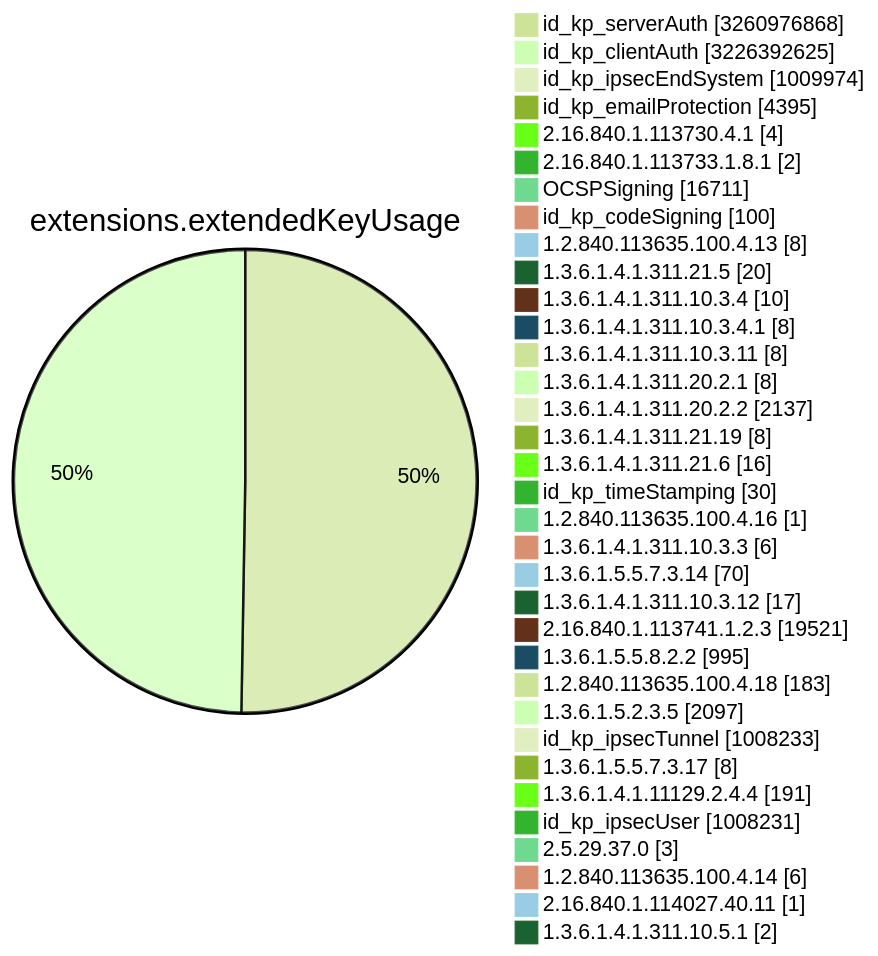
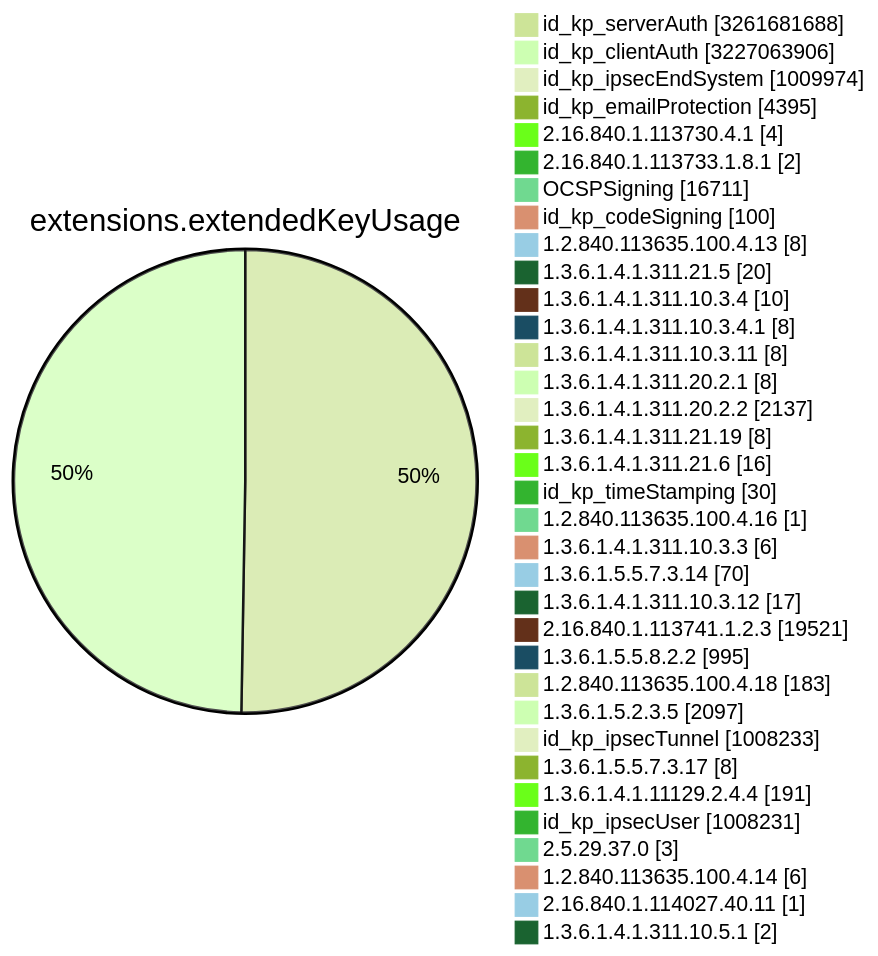
Diagram 11 of 15 in TOTAL/README.md (christiankrug/ctmonitor_visualization), drawn with Mermaid (forest theme) before and after one commit. The commit also changed other lines of this file, not shown here.

````diff
--- a/TOTAL/README.md
+++ b/TOTAL/README.md
@@ -4119,38 +4119,38 @@
 ```mermaid
 pie showData
 title extensions.extendedKeyUsage
-"id_kp_serverAuth" :3260976868
-"id_kp_clientAuth" :3226392625
+"id_kp_serverAuth" :3261681688
+"id_kp_clientAuth" :3227063906
 "id_kp_ipsecEndSystem" :1009974
 "id_kp_emailProtection" :4395
 "2.16.840.1.113730.4.1" :4
 "2.16.840.1.113733.1.8.1" :2
 "OCSPSigning" :16711
 "id_kp_codeSigning" :100
 "1.2.840.113635.100.4.13" :8
 "1.3.6.1.4.1.311.21.5" :20
 "1.3.6.1.4.1.311.10.3.4" :10
 "1.3.6.1.4.1.311.10.3.4.1" :8
 "1.3.6.1.4.1.311.10.3.11" :8
 "1.3.6.1.4.1.311.20.2.1" :8
 "1.3.6.1.4.1.311.20.2.2" :2137
 "1.3.6.1.4.1.311.21.19" :8
 "1.3.6.1.4.1.311.21.6" :16
 "id_kp_timeStamping" :30
 "1.2.840.113635.100.4.16" :1
 "1.3.6.1.4.1.311.10.3.3" :6
 "1.3.6.1.5.5.7.3.14" :70
 "1.3.6.1.4.1.311.10.3.12" :17
 "2.16.840.1.113741.1.2.3" :19521
 "1.3.6.1.5.5.8.2.2" :995
 "1.2.840.113635.100.4.18" :183
 "1.3.6.1.5.2.3.5" :2097
 "id_kp_ipsecTunnel" :1008233
 "1.3.6.1.5.5.7.3.17" :8
 "1.3.6.1.4.1.11129.2.4.4" :191
 "id_kp_ipsecUser" :1008231
 "2.5.29.37.0" :3
 "1.2.840.113635.100.4.14" :6
 "2.16.840.1.114027.40.11" :1
 "1.3.6.1.4.1.311.10.5.1" :2
 ```
````
